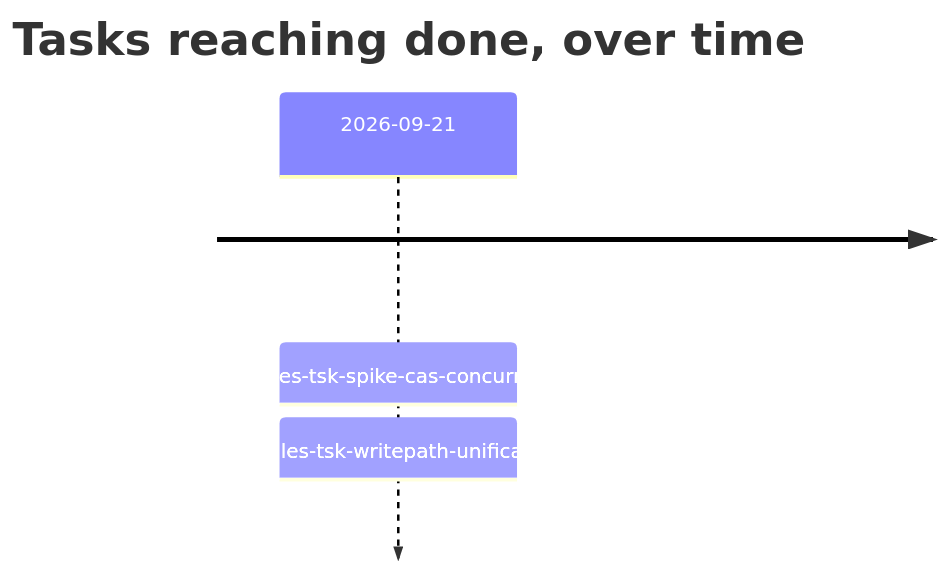
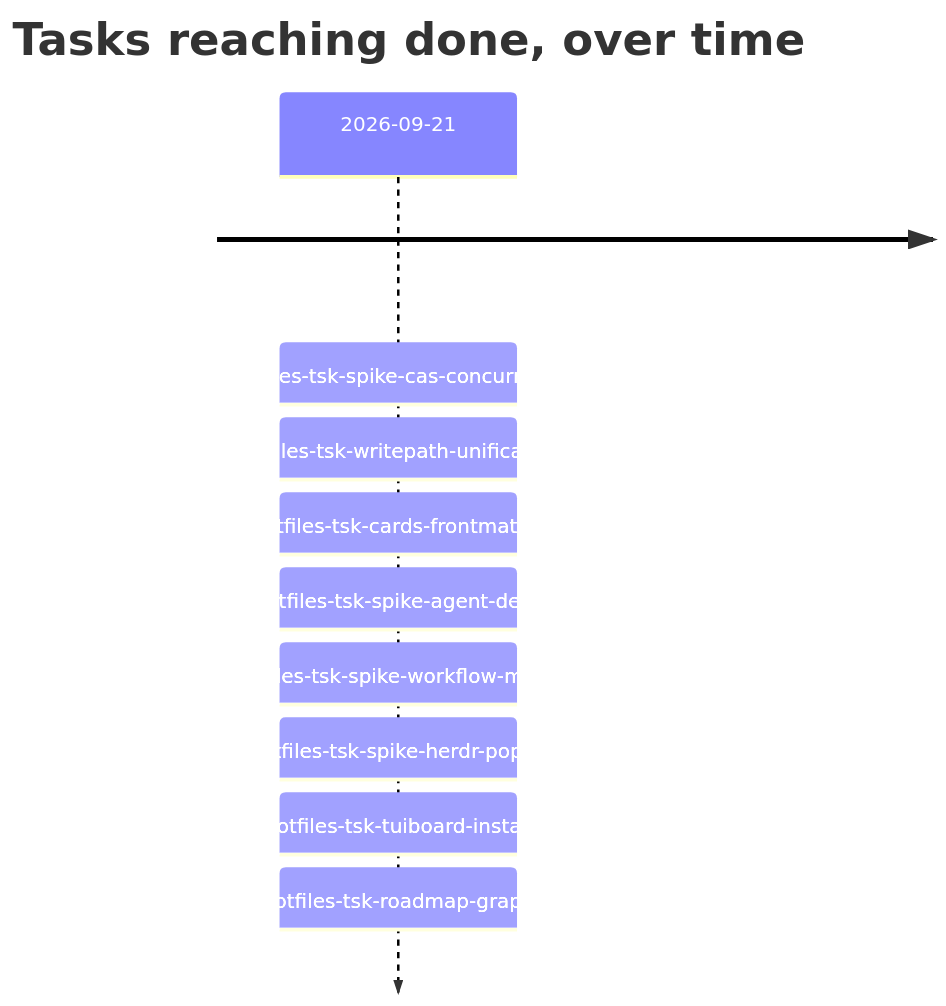
Before and after one commit to nmc-costa/dotfiles: the second of 2 diagrams in tasks/roadmap.md, drawn with Mermaid. The commit also changed other lines of this file and 8 other files, not shown here.

````diff
--- a/tasks/roadmap.md
+++ b/tasks/roadmap.md
@@ -64,5 +68,5 @@
 ```mermaid
 timeline
     title Tasks reaching done, over time
-    2026-09-21 : dotfiles-tsk-spike-cas-concurrency : dotfiles-tsk-writepath-unification
+    2026-09-21 : dotfiles-tsk-spike-cas-concurrency : dotfiles-tsk-writepath-unification : dotfiles-tsk-cards-frontmatter : dotfiles-tsk-spike-agent-deck : dotfiles-tsk-spike-workflow-model : dotfiles-tsk-spike-herdr-popup : dotfiles-tsk-tuiboard-install : dotfiles-tsk-roadmap-graph
 ```
````
